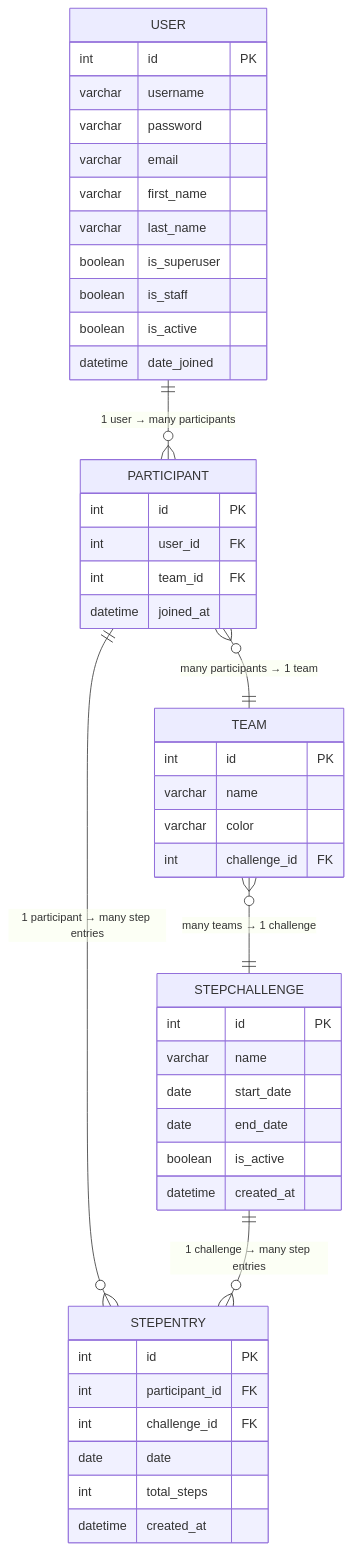
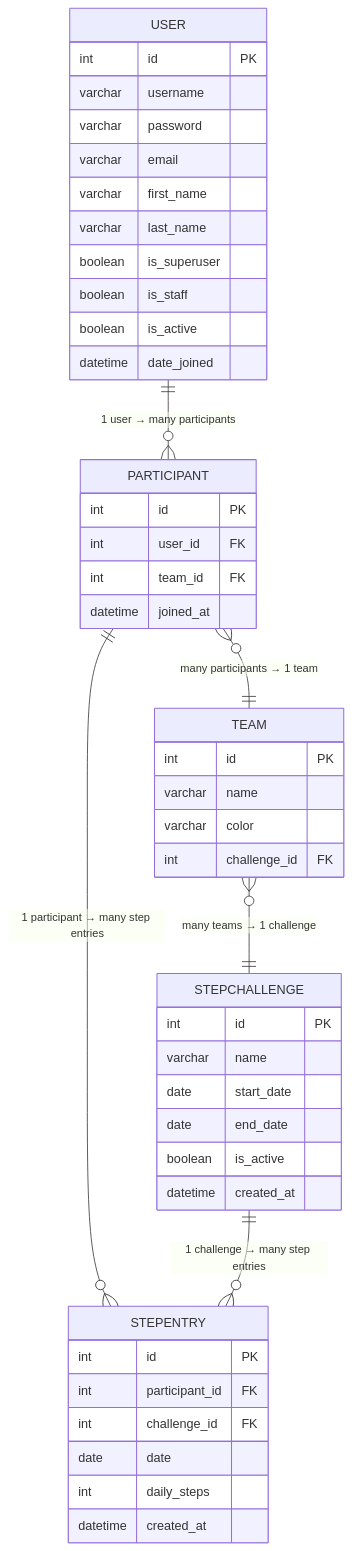
One commit to elliecdev/step_challenges changed the diagram in README.md. Above: the diagram before and after it, drawn with Mermaid. The commit also changed other lines of this file and 12 other files, not shown here.

Commit message:
step entry logic adjusted to "daily steps count" instead of "total so far"

````diff
--- a/README.md
+++ b/README.md
@@ -171,53 +169,53 @@
 ```mermaid
 erDiagram
     USER ||--o{ PARTICIPANT : "1 user → many participants"
     PARTICIPANT ||--o{ STEPENTRY : "1 participant → many step entries"
     PARTICIPANT }o--|| TEAM : "many participants → 1 team"
     TEAM }o--|| STEPCHALLENGE : "many teams → 1 challenge"
     STEPCHALLENGE ||--o{ STEPENTRY : "1 challenge → many step entries"
 
     USER {
         int id PK
         varchar username
         varchar password
         varchar email
         varchar first_name
         varchar last_name
         boolean is_superuser
         boolean is_staff
         boolean is_active
         datetime date_joined
     }
 
     STEPCHALLENGE {
         int id PK
         varchar name
         date start_date
         date end_date
         boolean is_active
         datetime created_at
     }
 
     TEAM {
         int id PK
         varchar name
         varchar color
         int challenge_id FK
     }
 
     PARTICIPANT {
         int id PK
         int user_id FK
         int team_id FK
         datetime joined_at
     }
 
     STEPENTRY {
         int id PK
         int participant_id FK
         int challenge_id FK
         date date
-        int total_steps
+        int daily_steps
         datetime created_at
     }
 ```
````
